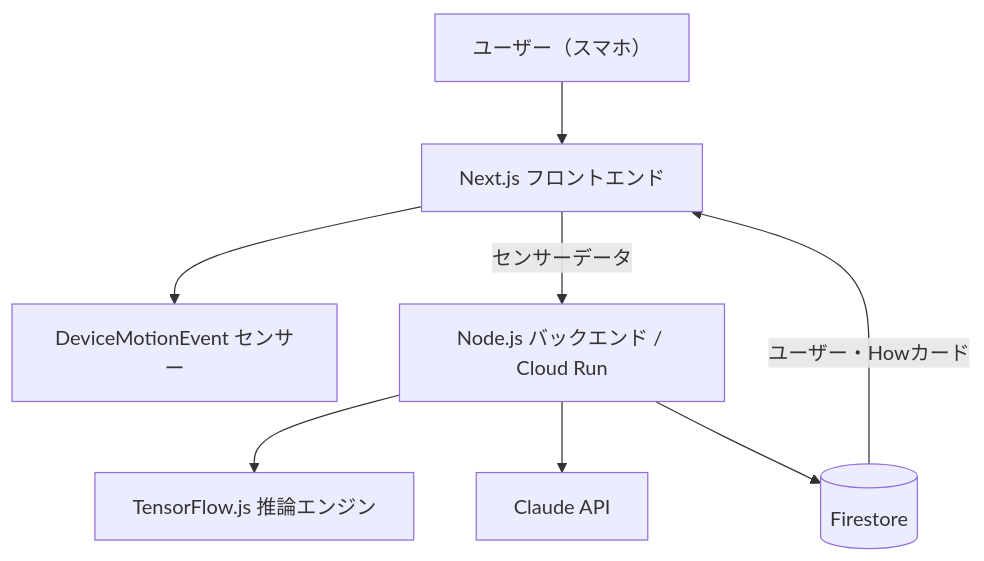
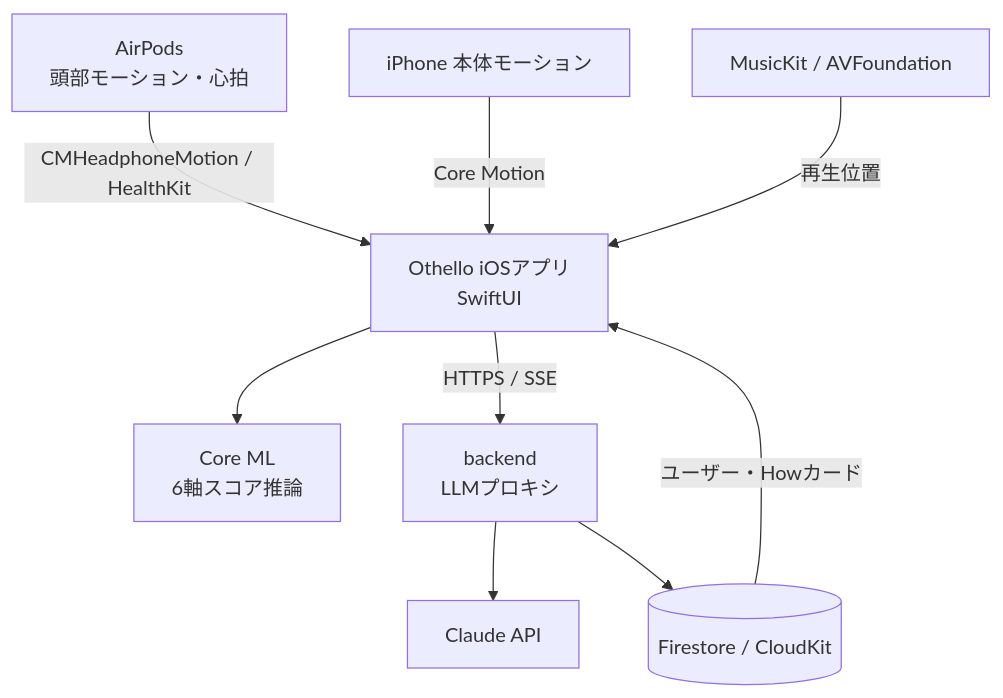
One commit to engineer-guild-hackathon-2026-05/team-10 changed the first of 5 diagrams in docs/functional-design.md. Above: the diagram before and after it, drawn with Mermaid. The commit also changed other lines of this file and 5 other files, not shown here.

````diff
--- a/docs/functional-design.md
+++ b/docs/functional-design.md
@@ -5,18 +7,20 @@
 ```mermaid
 graph TB
-    User[ユーザー（スマホ）]
-    FE[Next.js フロントエンド]
-    Sensor[DeviceMotionEvent センサー]
-    BE[Node.js バックエンド / Cloud Run]
-    ML[TensorFlow.js 推論エンジン]
+    AirPods[AirPods<br/>頭部モーション・心拍]
+    iPhone[iPhone 本体モーション]
+    App[Othello iOSアプリ<br/>SwiftUI]
+    CoreML[Core ML<br/>6軸スコア推論]
+    BE[backend<br/>LLMプロキシ]
     LLM[Claude API]
-    DB[(Firestore)]
+    DB[(Firestore / CloudKit)]
+    Music[MusicKit / AVFoundation]
 
-    User --> FE
-    FE --> Sensor
-    FE -->|センサーデータ| BE
-    BE --> ML
+    AirPods -->|CMHeadphoneMotion / HealthKit| App
+    iPhone -->|Core Motion| App
+    Music -->|再生位置| App
+    App --> CoreML
+    App -->|HTTPS / SSE| BE
     BE --> LLM
     BE --> DB
-    DB -->|ユーザー・Howカード| FE
+    DB -->|ユーザー・Howカード| App
 ```
````
